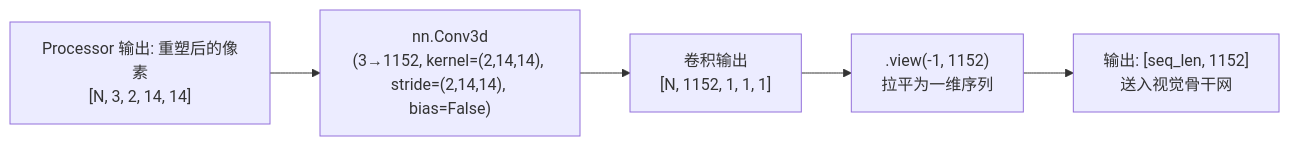
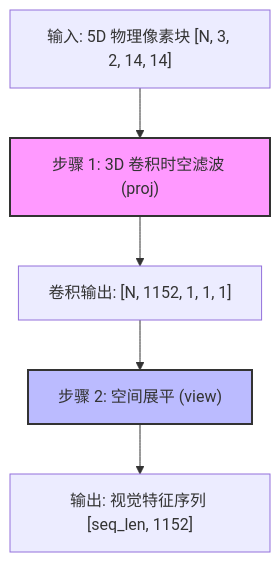
The diagram in wiki/concepts/conv3d_时空切块器.md (pokemonAndCodeMaster/llm_knowledge_base), drawn with Mermaid before and after one commit. The commit also changed other lines of this file and 26 other files, not shown here.

````diff
--- a/wiki/concepts/conv3d_时空切块器.md
+++ b/wiki/concepts/conv3d_时空切块器.md
@@ -99,7 +19,10 @@
 ```mermaid
-graph LR
-    A["Processor 输出: 重塑后的像素\n[N, 3, 2, 14, 14]"] --> B["nn.Conv3d\n(3→1152, kernel=(2,14,14), stride=(2,14,14), bias=False)"]
-    B --> C["卷积输出\n[N, 1152, 1, 1, 1]"]
-    C --> D[".view(-1, 1152)\n拉平为一维序列"]
-    D --> E["输出: [seq_len, 1152]\n送入视觉骨干网"]
+graph TD
+    A["输入: 5D 物理像素块 [N, 3, 2, 14, 14]"] --> B["步骤 1: 3D 卷积时空滤波 (proj)"]
+    B --> C["卷积输出: [N, 1152, 1, 1, 1]"]
+    C --> D["步骤 2: 空间展平 (view)"]
+    D --> E["输出: 视觉特征序列 [seq_len, 1152]"]
+    
+    style B fill:#f9f,stroke:#333,stroke-width:2px
+    style D fill:#bbf,stroke:#333,stroke-width:2px
 ```
````
